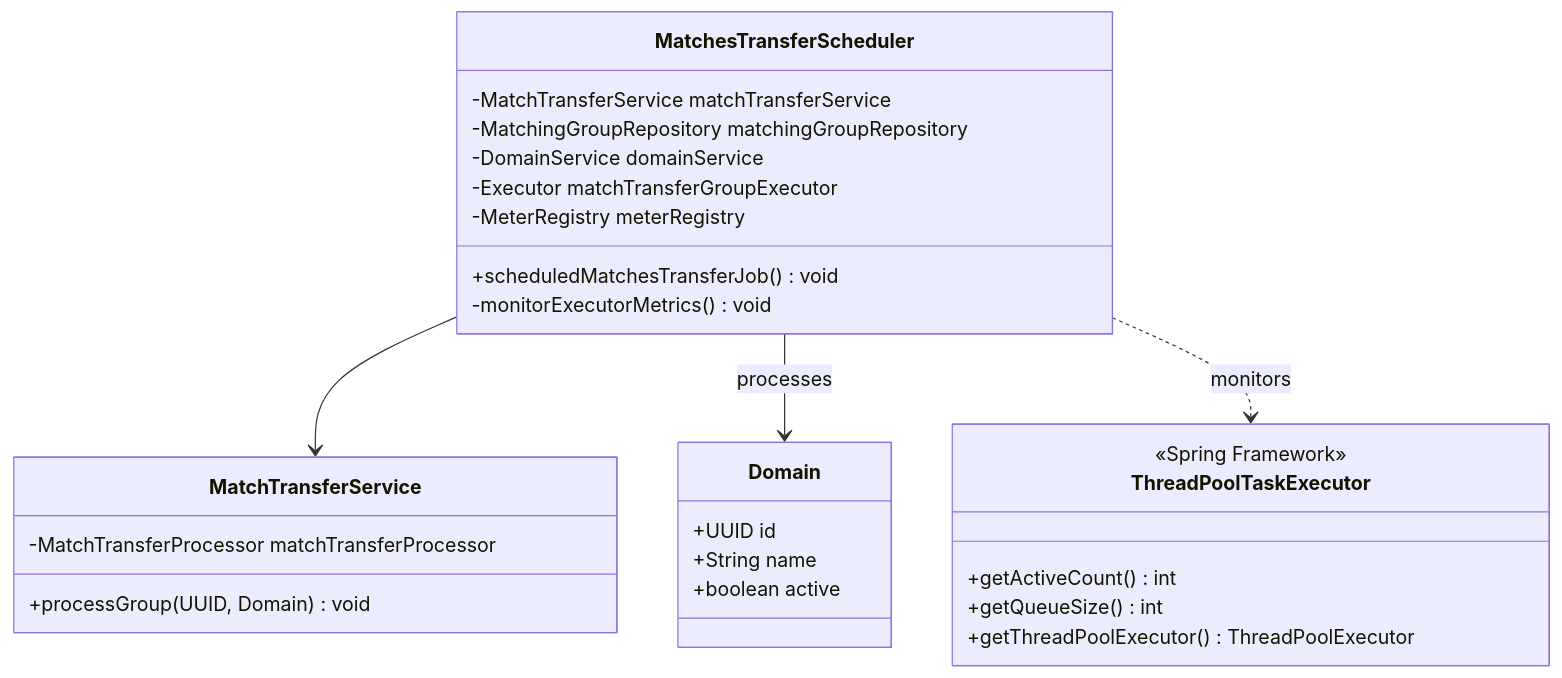
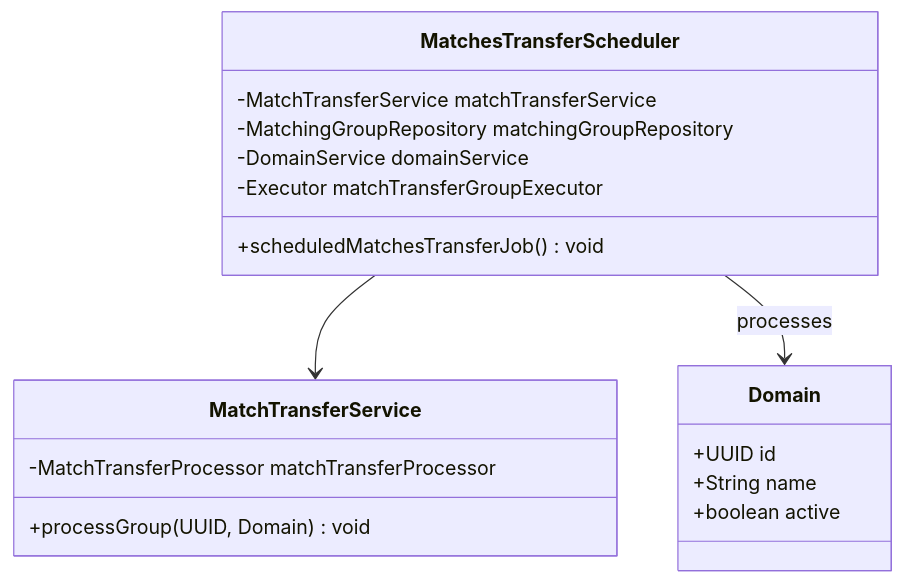
Before and after one commit to kagit00/schedule_x: the fourth of 9 diagrams in docs/Low Level Designs/MatchesTransfer.md, drawn with Mermaid. The commit also changed other lines of this file and 7 other files, not shown here.

````diff
--- a/docs/Low Level Designs/MatchesTransfer.md
+++ b/docs/Low Level Designs/MatchesTransfer.md
@@ -219,34 +176,24 @@
 ```mermaid
 classDiagram
     class MatchesTransferScheduler {
         -MatchTransferService matchTransferService
         -MatchingGroupRepository matchingGroupRepository
         -DomainService domainService
         -Executor matchTransferGroupExecutor
-        -MeterRegistry meterRegistry
         +scheduledMatchesTransferJob() void
-        -monitorExecutorMetrics() void
     }
     
     class MatchTransferService {
         -MatchTransferProcessor matchTransferProcessor
         +processGroup(UUID, Domain) void
     }
     
     class Domain {
         +UUID id
         +String name
         +boolean active
     }
     
-    class ThreadPoolTaskExecutor {
-        <<Spring Framework>>
-        +getActiveCount() int
-        +getQueueSize() int
-        +getThreadPoolExecutor() ThreadPoolExecutor
-    }
-    
     MatchesTransferScheduler --> MatchTransferService
     MatchesTransferScheduler --> Domain : processes
-    MatchesTransferScheduler ..> ThreadPoolTaskExecutor : monitors
 ```
````
